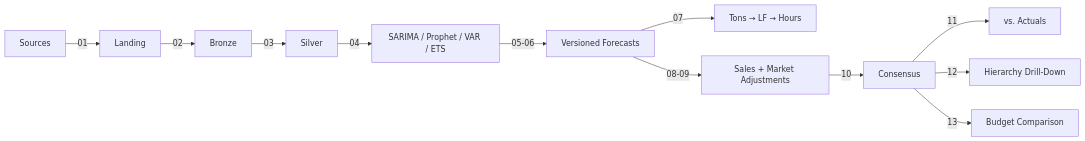
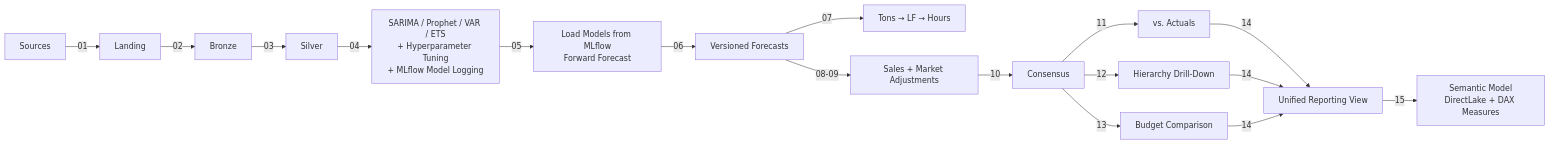
The diagram in README.md (Scientialibera/IBP-FORECAST-AGENT), drawn with Mermaid before and after one commit. The commit also changed other lines of this file and 20 other files, not shown here.

First line of the commit message:
Add MLflow model persistence, per-grain hyperparameter tuning, semantic model, and reporting view

````diff
--- a/README.md
+++ b/README.md
@@ -13,12 +7,15 @@
 ```mermaid
 flowchart LR
     Sources -->|01| Landing -->|02| Bronze -->|03| Silver
-    Silver -->|04| Models[SARIMA / Prophet / VAR / ETS]
-    Models -->|05-06| Gold[Versioned Forecasts]
+    Silver -->|04| Train[SARIMA / Prophet / VAR / ETS<br/>+ Hyperparameter Tuning<br/>+ MLflow Model Logging]
+    Train -->|05| Score[Load Models from MLflow<br/>Forward Forecast]
+    Score -->|06| Gold[Versioned Forecasts]
     Gold -->|07| Capacity[Tons → LF → Hours]
     Gold -->|08-09| Layers[Sales + Market Adjustments]
     Layers -->|10| Consensus
     Consensus -->|11| Accuracy[vs. Actuals]
     Consensus -->|12| Rollups[Hierarchy Drill-Down]
     Consensus -->|13| Budget[Budget Comparison]
+    Accuracy & Rollups & Budget -->|14| Reporting[Unified Reporting View]
+    Reporting -->|15| Semantic[Semantic Model<br/>DirectLake + DAX Measures]
 ```
````
